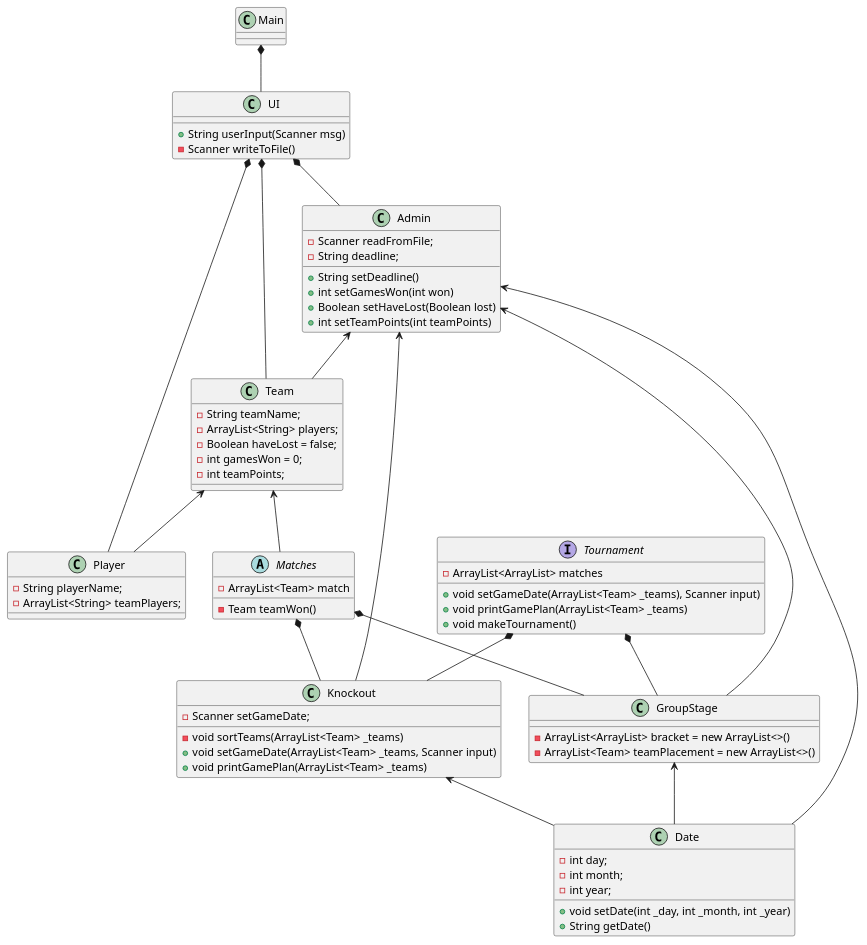
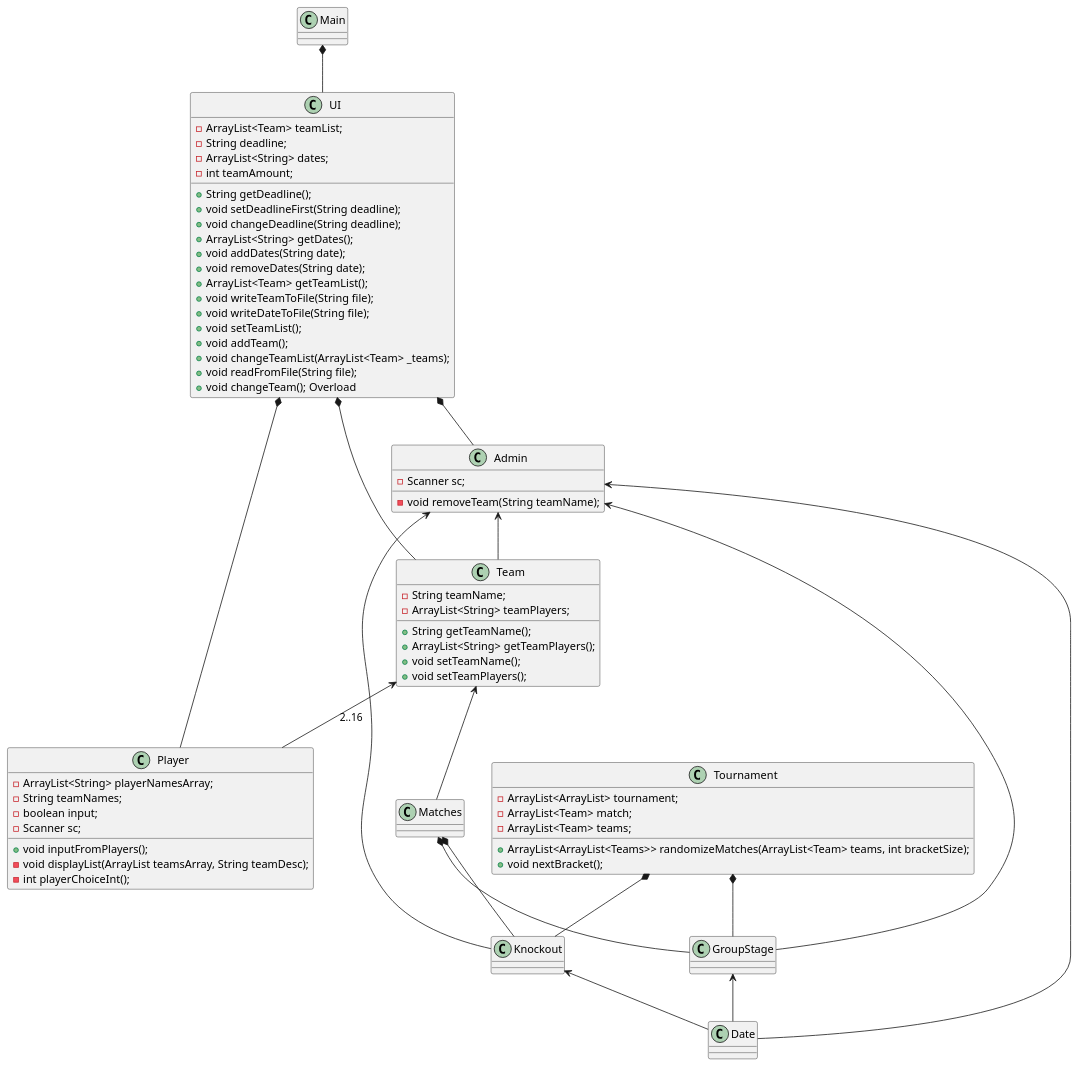
One commit to EmmsDK/Gruppe-4 changed the diagram in SP3/Class Diagram.puml. Above: the diagram before and after it, drawn with PlantUML. The commit also changed 1 other file, not shown here.

```diff
--- a/SP3/Class Diagram.puml
+++ b/SP3/Class Diagram.puml
@@ -1,87 +1,100 @@
 @startuml
 class Main{}
 
 Main *-- UI
 
 class UI{
-    + String userInput(Scanner msg)
-    - Scanner writeToFile()
+    - ArrayList<Team> teamList;
+    - String deadline;
+    - ArrayList<String> dates;
+    - int teamAmount;
+    + String getDeadline();
+    + void setDeadlineFirst(String deadline);
+    + void changeDeadline(String deadline);
+    + ArrayList<String> getDates();
+    + void addDates(String date);
+    + void removeDates(String date);
+    + ArrayList<Team> getTeamList();
+    + void writeTeamToFile(String file);
+    + void writeDateToFile(String file);
+    + void setTeamList();
+    + void addTeam();
+    + void changeTeamList(ArrayList<Team> _teams);
+    + void readFromFile(String file);
+    + void changeTeam(); Overload
 }
 
 UI *-- Player
 UI *-- Team
 UI *-- Admin
+
 class Player{
-    - String playerName;
-    - ArrayList<String> teamPlayers;
+    - ArrayList<String> playerNamesArray;
+    - String teamNames;
+    - boolean input;
+    - Scanner sc;
+
+    + void inputFromPlayers();
+    - void displayList(ArrayList teamsArray, String teamDesc);
+    - int playerChoiceInt();
 }
 
 class Team{
     - String teamName;
-    - ArrayList<String> players;
-    - Boolean haveLost = false;
-    - int gamesWon = 0;
-    - int teamPoints;
+    - ArrayList<String> teamPlayers;
+    + String getTeamName();
+    + ArrayList<String> getTeamPlayers();
+    + void setTeamName();
+    + void setTeamPlayers();
+
+
 }
 
 class Admin{
-    - Scanner readFromFile;
-    - String deadline;
-    + String setDeadline()
-    + int setGamesWon(int won)
-    + Boolean setHaveLost(Boolean lost)
-    + int setTeamPoints(int teamPoints)
+    - Scanner sc;
+    - void removeTeam(String teamName);
+
+
 }
 
 class Date{
-    - int day;
-    - int month;
-    - int year;
-    + void setDate(int _day, int _month, int _year)
-    + String getDate()
+
 }
 
 class Knockout{
-    - Scanner setGameDate;
-    - void sortTeams(ArrayList<Team> _teams)
-    + void setGameDate(ArrayList<Team> _teams, Scanner input)
-    + void printGamePlan(ArrayList<Team> _teams)
+
 }
 
 class GroupStage{
-    - ArrayList<ArrayList> bracket = new ArrayList<>()
-    - ArrayList<Team> teamPlacement = new ArrayList<>()
+
+
 }
 
-Interface Tournament{
-    - ArrayList<ArrayList> matches
-    + void setGameDate(ArrayList<Team> _teams), Scanner input)
-    + void printGamePlan(ArrayList<Team> _teams)
-    + void makeTournament()
+class Tournament{
+    - ArrayList<ArrayList> tournament;
+    - ArrayList<Team> match;
+    - ArrayList<Team> teams;
+
+    + ArrayList<ArrayList<Teams>> randomizeMatches(ArrayList<Team> teams, int bracketSize);
+    + void nextBracket();
+
 }
 
-Abstract Matches{
-    - ArrayList<Team> match
-    - Team teamWon()
-}
-
-
-
-Team <-- Player
+Team <-- Player : 2..16
 Team <-- Matches
 
 Admin <-- Knockout
 Admin <-- GroupStage
 Admin <-- Date
 Admin <-- Team
 
 Matches *-- GroupStage
 Matches *-- Knockout
 
 Tournament *-- Knockout
 Tournament *-- GroupStage
 Knockout <-- Date
 GroupStage <-- Date
 
 
 @enduml
```
